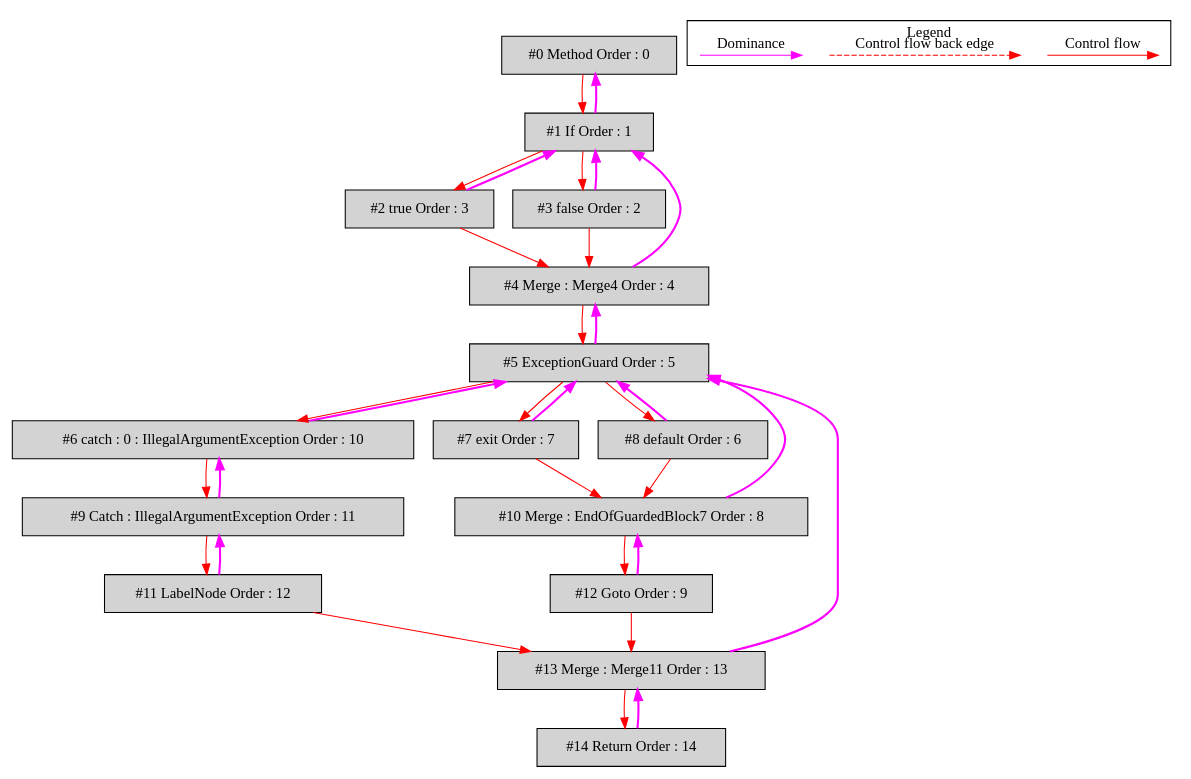
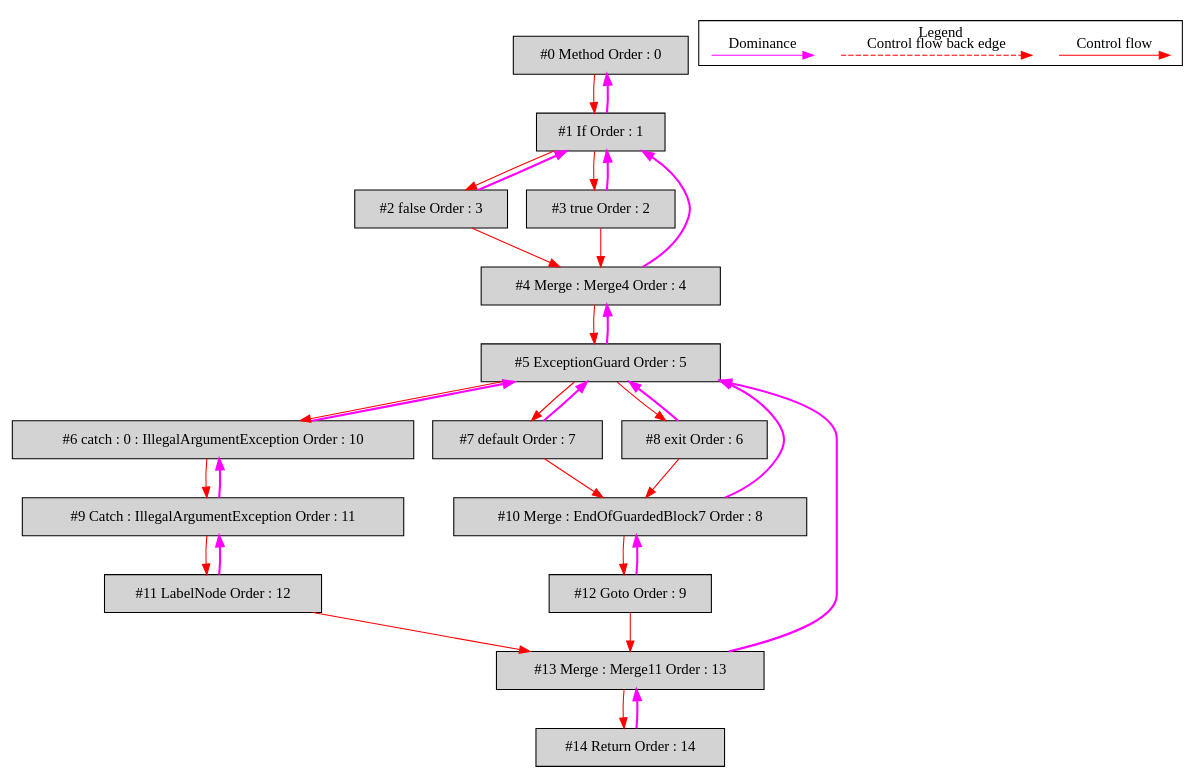
One commit to mirkosertic/MetaIR changed the diagram in de.mirkosertic.metair.ir.OpcodeTryCatchTest/test_MergeWithTryCatch/ir_cfg_dominatortree.dot. Above: the diagram before and after it, drawn with Graphviz. The commit also changed 726 other files, not shown here.

```diff
--- a/de.mirkosertic.metair.ir.OpcodeTryCatchTest/test_MergeWithTryCatch/ir_cfg_dominatortree.dot
+++ b/de.mirkosertic.metair.ir.OpcodeTryCatchTest/test_MergeWithTryCatch/ir_cfg_dominatortree.dot
@@ -1,67 +1,67 @@
 digraph debugoutput {
  ordering="in";
  node0[label="#0 Method Order : 0",shape=box, fillcolor=lightgrey, style=filled];
  node1[label="#1 If Order : 1",shape=box, fillcolor=lightgrey, style=filled];
  node1 -> node0[dir="forward" color="fuchsia" penwidth="2"];
  node0 -> node1[labeldistance=2, color=red, fontcolor=red];
- node2[label="#2 true Order : 3",shape=box, fillcolor=lightgrey, style=filled];
+ node2[label="#2 false Order : 3",shape=box, fillcolor=lightgrey, style=filled];
  node2 -> node1[dir="forward" color="fuchsia" penwidth="2"];
  node1 -> node2[labeldistance=2, color=red, fontcolor=red];
- node3[label="#3 false Order : 2",shape=box, fillcolor=lightgrey, style=filled];
+ node3[label="#3 true Order : 2",shape=box, fillcolor=lightgrey, style=filled];
  node3 -> node1[dir="forward" color="fuchsia" penwidth="2"];
  node1 -> node3[labeldistance=2, color=red, fontcolor=red];
  node4[label="#4 Merge : Merge4 Order : 4",shape=box, fillcolor=lightgrey, style=filled];
  node4 -> node1[dir="forward" color="fuchsia" penwidth="2"];
+ node3 -> node4[labeldistance=2, color=red, fontcolor=red];
  node2 -> node4[labeldistance=2, color=red, fontcolor=red];
- node3 -> node4[labeldistance=2, color=red, fontcolor=red];
  node5[label="#5 ExceptionGuard Order : 5",shape=box, fillcolor=lightgrey, style=filled];
  node5 -> node4[dir="forward" color="fuchsia" penwidth="2"];
  node4 -> node5[labeldistance=2, color=red, fontcolor=red];
  node6[label="#6 catch : 0 : IllegalArgumentException Order : 10",shape=box, fillcolor=lightgrey, style=filled];
  node6 -> node5[dir="forward" color="fuchsia" penwidth="2"];
  node5 -> node6[labeldistance=2, color=red, fontcolor=red];
- node7[label="#7 exit Order : 7",shape=box, fillcolor=lightgrey, style=filled];
+ node7[label="#7 default Order : 7",shape=box, fillcolor=lightgrey, style=filled];
  node7 -> node5[dir="forward" color="fuchsia" penwidth="2"];
  node5 -> node7[labeldistance=2, color=red, fontcolor=red];
- node8[label="#8 default Order : 6",shape=box, fillcolor=lightgrey, style=filled];
+ node8[label="#8 exit Order : 6",shape=box, fillcolor=lightgrey, style=filled];
  node8 -> node5[dir="forward" color="fuchsia" penwidth="2"];
  node5 -> node8[labeldistance=2, color=red, fontcolor=red];
  node9[label="#9 Catch : IllegalArgumentException Order : 11",shape=box, fillcolor=lightgrey, style=filled];
  node9 -> node6[dir="forward" color="fuchsia" penwidth="2"];
  node6 -> node9[labeldistance=2, color=red, fontcolor=red];
  node10[label="#10 Merge : EndOfGuardedBlock7 Order : 8",shape=box, fillcolor=lightgrey, style=filled];
  node10 -> node5[dir="forward" color="fuchsia" penwidth="2"];
+ node7 -> node10[labeldistance=2, color=red, fontcolor=red];
  node8 -> node10[labeldistance=2, color=red, fontcolor=red];
- node7 -> node10[labeldistance=2, color=red, fontcolor=red];
  node11[label="#11 LabelNode Order : 12",shape=box, fillcolor=lightgrey, style=filled];
  node11 -> node9[dir="forward" color="fuchsia" penwidth="2"];
  node9 -> node11[labeldistance=2, color=red, fontcolor=red];
  node12[label="#12 Goto Order : 9",shape=box, fillcolor=lightgrey, style=filled];
  node12 -> node10[dir="forward" color="fuchsia" penwidth="2"];
  node10 -> node12[labeldistance=2, color=red, fontcolor=red];
  node13[label="#13 Merge : Merge11 Order : 13",shape=box, fillcolor=lightgrey, style=filled];
  node13 -> node5[dir="forward" color="fuchsia" penwidth="2"];
  node12 -> node13[labeldistance=2, color=red, fontcolor=red];
  node11 -> node13[labeldistance=2, color=red, fontcolor=red];
  node14[label="#14 Return Order : 14",shape=box, fillcolor=lightgrey, style=filled];
  node14 -> node13[dir="forward" color="fuchsia" penwidth="2"];
  node13 -> node14[labeldistance=2, color=red, fontcolor=red];
  subgraph cluster_000 {
   label = "Legend";
   node [shape=point]
   {
    rank=same;
    c0 [style = invis];
    c1 [style = invis];
    c2 [style = invis];
    c3 [style = invis];
    d8 [style = invis];
    d9 [style = invis];
 
   }
   c0 -> c1 [label="Control flow", style=solid, color=red]
   c2 -> c3 [label="Control flow back edge", style=dashed, color=red]
   d8 -> d9 [label="Dominance", color=fuchsia, style=solid]
  }
 
 }
```
